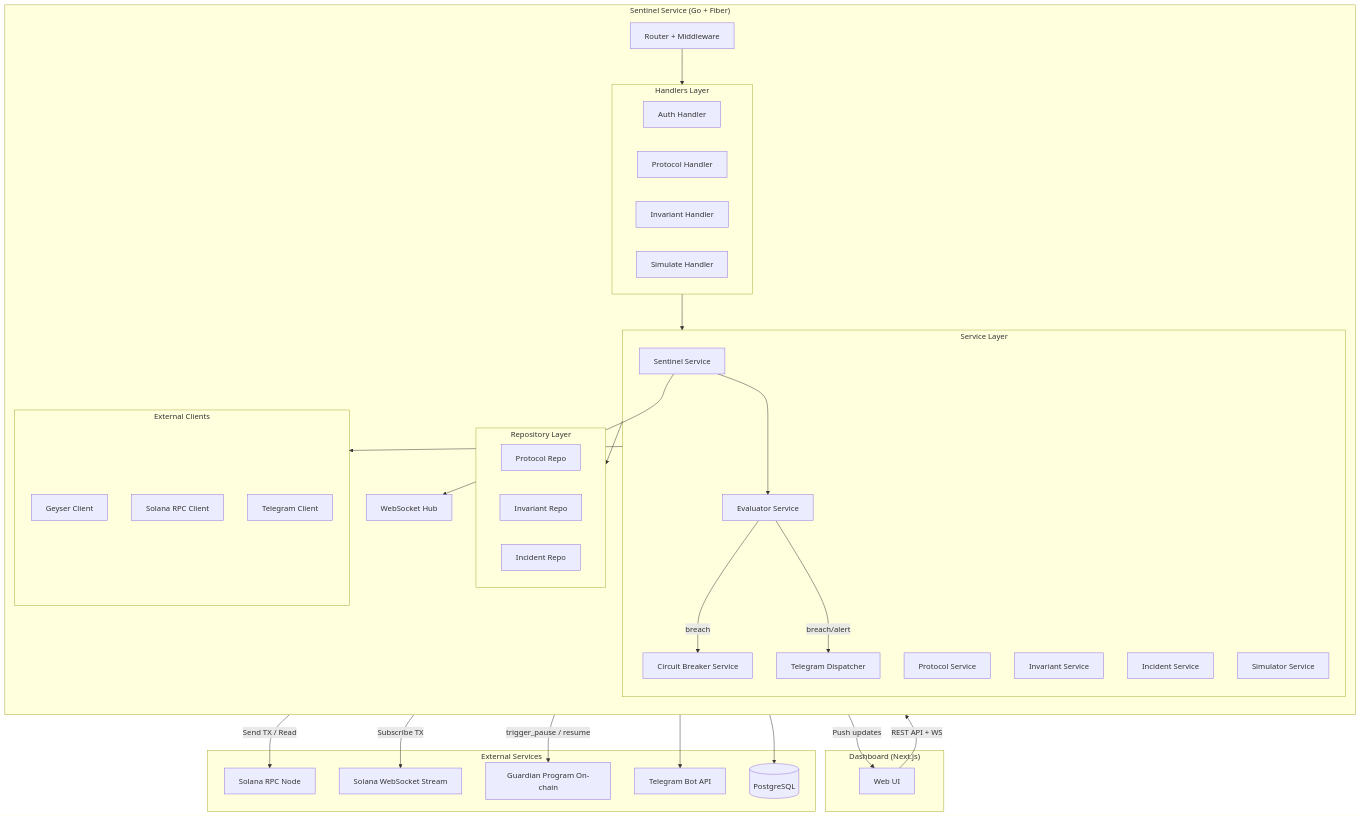
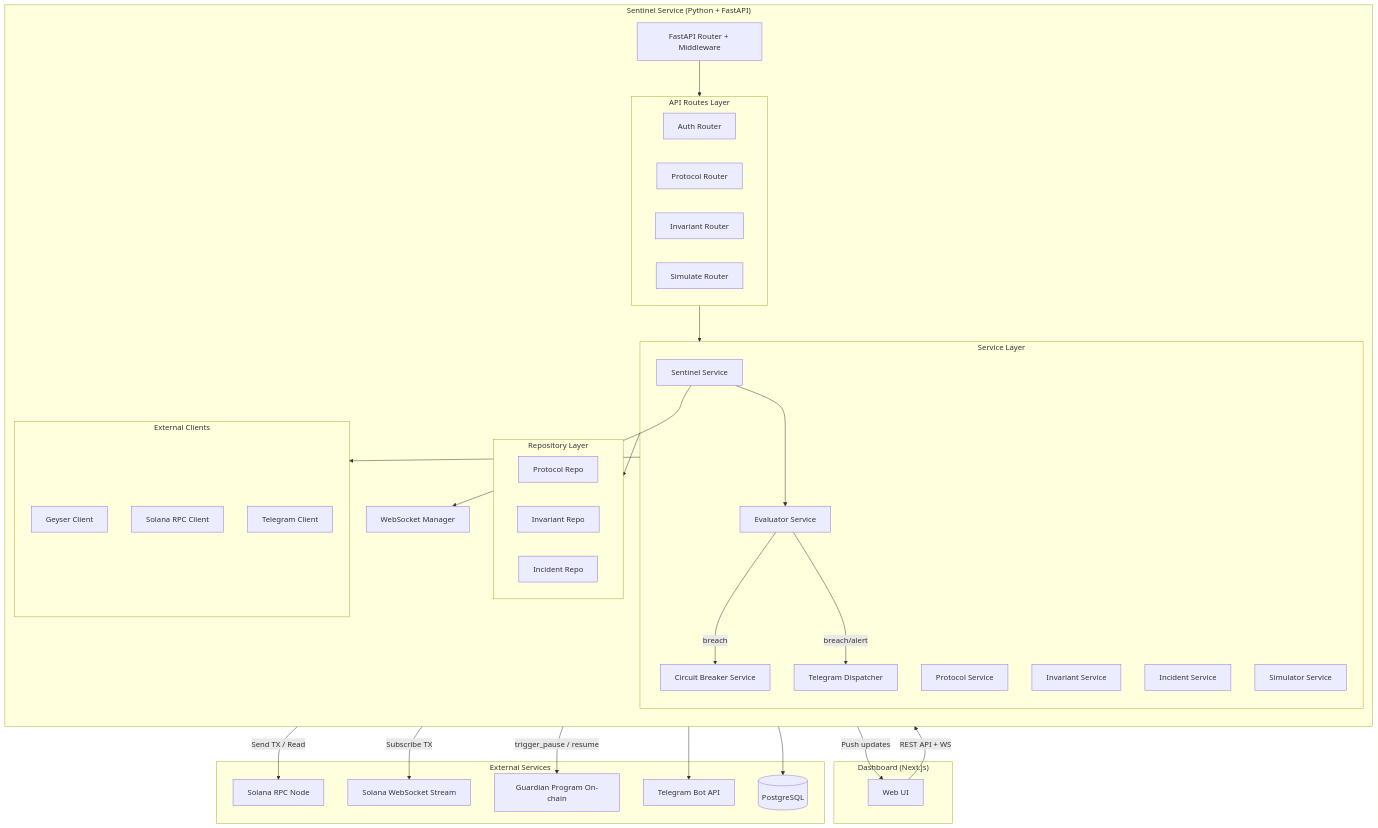
One commit to yebology/killswitch changed the first of 5 diagrams in .kiro/specs/killswitch-backend/design.md. Above: the diagram before and after it, drawn with Mermaid. The commit also changed other lines of this file and 129 other files, not shown here.

````diff
--- a/.kiro/specs/killswitch-backend/design.md
+++ b/.kiro/specs/killswitch-backend/design.md
@@ -44,67 +49,67 @@
 ```mermaid
 graph TB
     subgraph Frontend["Dashboard (Next.js)"]
         UI[Web UI]
     end
 
-    subgraph Backend["Sentinel Service (Go + Fiber)"]
+    subgraph Backend["Sentinel Service (Python + FastAPI)"]
         direction TB
-        Router[Router + Middleware]
+        Router[FastAPI Router + Middleware]
         
-        subgraph Handlers["Handlers Layer"]
-            AuthH[Auth Handler]
-            ProtH[Protocol Handler]
-            InvH[Invariant Handler]
-            SimH[Simulate Handler]
+        subgraph Routes["API Routes Layer"]
+            AuthR[Auth Router]
+            ProtR[Protocol Router]
+            InvR[Invariant Router]
+            SimR[Simulate Router]
         end
 
         subgraph Services["Service Layer"]
             SentinelSvc[Sentinel Service]
             EvalSvc[Evaluator Service]
             CBSvc[Circuit Breaker Service]
             TelegramSvc[Telegram Dispatcher]
             ProtoSvc[Protocol Service]
             InvSvc[Invariant Service]
             IncSvc[Incident Service]
             SimSvc[Simulator Service]
         end
 
         subgraph Repos["Repository Layer"]
             ProtoRepo[Protocol Repo]
             InvRepo[Invariant Repo]
             IncRepo[Incident Repo]
         end
 
         subgraph Clients["External Clients"]
             GeyserC[Geyser Client]
             SolanaC[Solana RPC Client]
             TelegramC[Telegram Client]
         end
 
-        WSHub[WebSocket Hub]
+        WSManager[WebSocket Manager]
     end
 
     subgraph External["External Services"]
         SolanaRPC[Solana RPC Node]
         SolanaWS[Solana WebSocket Stream]
         Guardian[Guardian Program On-chain]
         TelegramAPI[Telegram Bot API]
         DB[(PostgreSQL)]
     end
 
     UI -->|REST API + WS| Router
-    Router --> Handlers
-    Handlers --> Services
+    Router --> Routes
+    Routes --> Services
     Services --> Repos
     Services --> Clients
     Repos --> DB
     GeyserC -->|Subscribe TX| SolanaWS
     SolanaC -->|Send TX / Read| SolanaRPC
     CBSvc -->|trigger_pause / resume| Guardian
     TelegramC --> TelegramAPI
     SentinelSvc --> EvalSvc
     EvalSvc -->|breach| CBSvc
     EvalSvc -->|breach/alert| TelegramSvc
-    SentinelSvc --> WSHub
-    WSHub -->|Push updates| UI
+    SentinelSvc --> WSManager
+    WSManager -->|Push updates| UI
 ```
````
